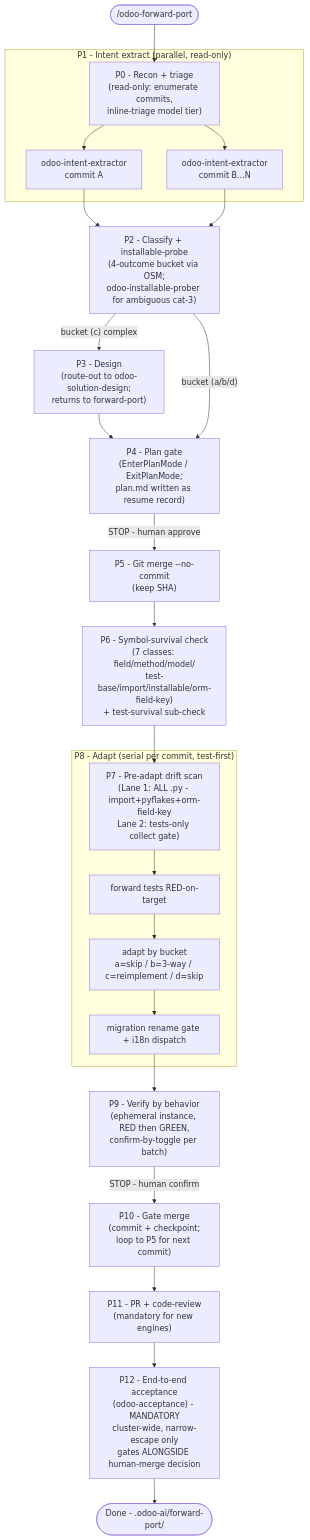
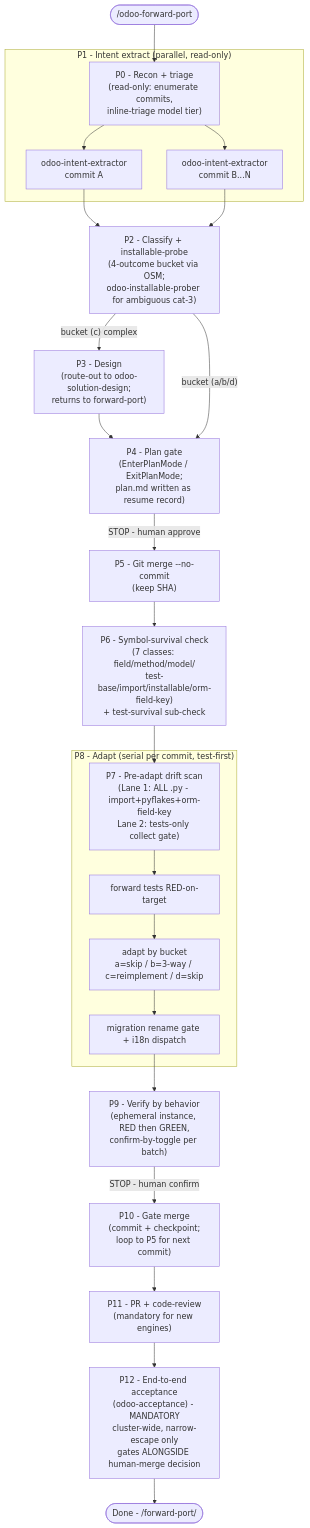
Before and after one commit to Viindoo/odoo-mcp-client: the fifth of 9 diagrams in plugins/odoo-ai-agents/README.md, drawn with Mermaid. The commit also changed other lines of this file and 9 other files, not shown here.

````diff
--- a/plugins/odoo-ai-agents/README.md
+++ b/plugins/odoo-ai-agents/README.md
@@ -369,33 +369,33 @@
 ```mermaid
 flowchart TD
     START(["/odoo-forward-port"])
     START --> P0["P0 - Recon + triage<br/>(read-only: enumerate commits,<br/>inline-triage model tier)"]
 
     subgraph P1_grp["P1 - Intent extract (parallel, read-only)"]
         P0 --> IE1["odoo-intent-extractor<br/>commit A"]
         P0 --> IE2["odoo-intent-extractor<br/>commit B...N"]
     end
 
     IE1 --> P2["P2 - Classify + installable-probe<br/>(4-outcome bucket via OSM;<br/>odoo-installable-prober for ambiguous cat-3)"]
     IE2 --> P2
 
     P2 -->|"bucket (c) complex"| P3["P3 - Design<br/>(route-out to odoo-solution-design;<br/>returns to forward-port)"]
     P3 --> P4_gate
     P2 -->|"bucket (a/b/d)"| P4_gate["P4 - Plan gate<br/>(EnterPlanMode / ExitPlanMode;<br/>plan.md written as resume record)"]
     P4_gate -->|"STOP - human approve"| P5["P5 - Git merge --no-commit<br/>(keep SHA)"]
 
     P5 --> P6["P6 - Symbol-survival check<br/>(7 classes: field/method/model/<br/>test-base/import/installable/orm-field-key)<br/>+ test-survival sub-check"]
     P6 --> P7["P7 - Pre-adapt drift scan<br/>(Lane 1: ALL .py - import+pyflakes+orm-field-key<br/>Lane 2: tests-only collect gate)"]
 
     subgraph P8_grp["P8 - Adapt (serial per commit, test-first)"]
         P7 --> PA["forward tests RED-on-target"]
         PA --> PB["adapt by bucket<br/>a=skip / b=3-way / c=reimplement / d=skip"]
         PB --> PC["migration rename gate + i18n dispatch"]
     end
 
     PC --> P9["P9 - Verify by behavior<br/>(ephemeral instance, RED then GREEN,<br/>confirm-by-toggle per batch)"]
     P9 -->|"STOP - human confirm"| P10["P10 - Gate merge<br/>(commit + checkpoint;<br/>loop to P5 for next commit)"]
     P10 --> P11["P11 - PR + code-review<br/>(mandatory for new engines)"]
     P11 --> P12["P12 - End-to-end acceptance<br/>(odoo-acceptance) - MANDATORY<br/>cluster-wide, narrow-escape only<br/>gates ALONGSIDE human-merge decision"]
-    P12 --> DONE(["Done - .odoo-ai/forward-port/"])
+    P12 --> DONE(["Done - <ISOLATE_DIR>/forward-port/"])
 ```
````
